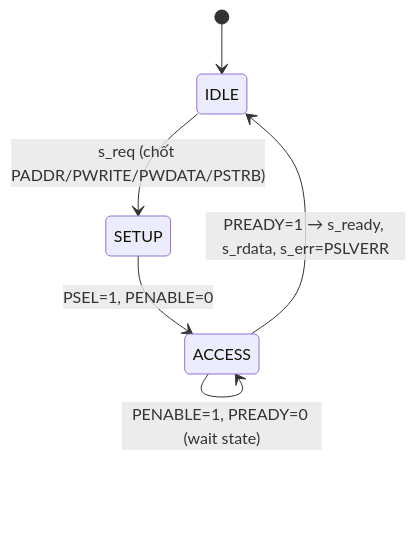
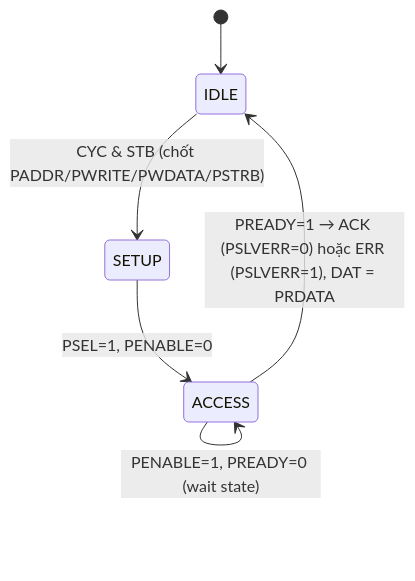
Before and after one commit to danhle396/doanthietke: the diagram in docs/giai_thich/11_bo_nho_bus.md, drawn with Mermaid. The commit also changed other lines of this file and 228 other files, not shown here.

````diff
--- a/docs/giai_thich/11_bo_nho_bus.md
+++ b/docs/giai_thich/11_bo_nho_bus.md
@@ -25,8 +47,8 @@
 ```mermaid
 stateDiagram-v2
   [*] --> IDLE
-  IDLE --> SETUP: s_req (chốt PADDR/PWRITE/PWDATA/PSTRB)
+  IDLE --> SETUP: CYC & STB (chốt PADDR/PWRITE/PWDATA/PSTRB)
   SETUP --> ACCESS: PSEL=1, PENABLE=0
   ACCESS --> ACCESS: PENABLE=1, PREADY=0 (wait state)
-  ACCESS --> IDLE: PREADY=1 → s_ready, s_rdata, s_err=PSLVERR
+  ACCESS --> IDLE: PREADY=1 → ACK (PSLVERR=0) hoặc ERR (PSLVERR=1), DAT = PRDATA
 ```
````
